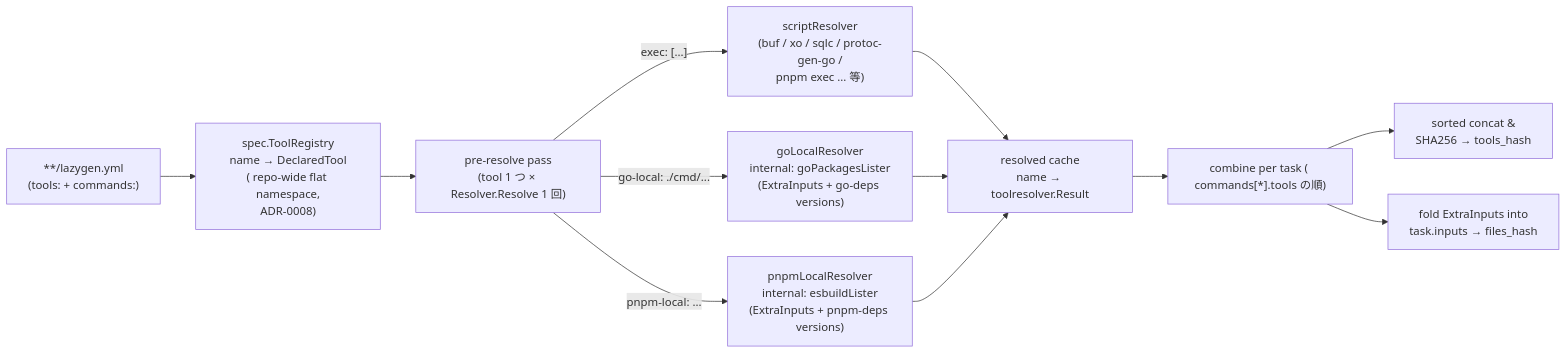
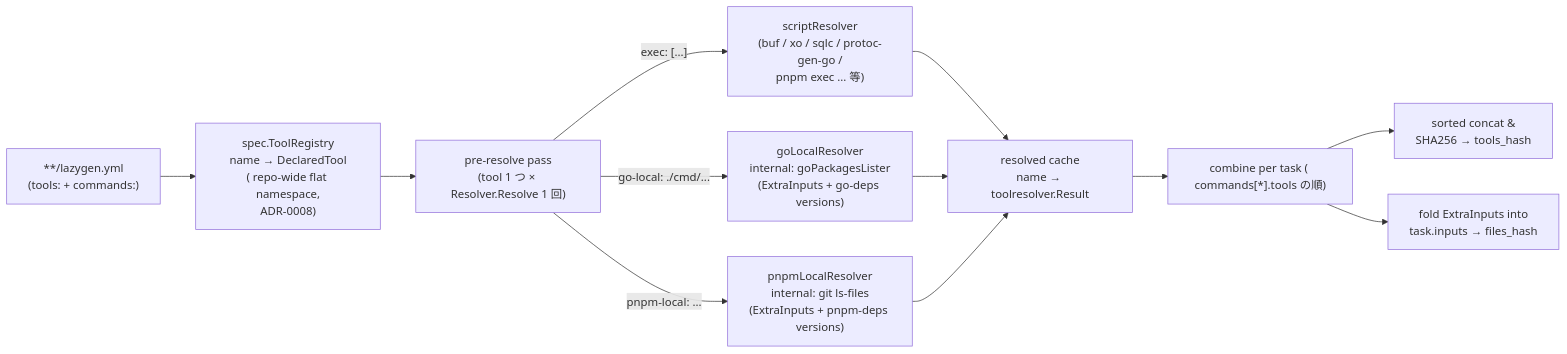
Before and after one commit to izumin5210/sloff: the second of 3 diagrams in docs/design/architecture.md, drawn with Mermaid. The commit also changed other lines of this file and 40 other files, not shown here.

````diff
--- a/docs/design/architecture.md
+++ b/docs/design/architecture.md
@@ -322,14 +322,14 @@
 ```mermaid
 flowchart LR
     YAML["**/lazygen.yml<br/>(tools: + commands:)"] --> REG["spec.ToolRegistry<br/>name → DeclaredTool<br/>( repo-wide flat namespace,<br/>ADR-0008)"]
     REG --> PRE["pre-resolve pass<br/>(tool 1 つ × Resolver.Resolve 1 回)"]
     PRE -->|"exec: [...]"| SCRIPT["scriptResolver<br/>(buf / xo / sqlc / protoc-gen-go /<br/>pnpm exec ... 等)"]
     PRE -->|"go-local: ./cmd/..."| GOLOC["goLocalResolver<br/>internal: goPackagesLister<br/>(ExtraInputs + go-deps versions)"]
-    PRE -->|"pnpm-local: ..."| PNPMLOC["pnpmLocalResolver<br/>internal: esbuildLister<br/>(ExtraInputs + pnpm-deps versions)"]
+    PRE -->|"pnpm-local: ..."| PNPMLOC["pnpmLocalResolver<br/>internal: git ls-files<br/>(ExtraInputs + pnpm-deps versions)"]
     SCRIPT --> CACHE["resolved cache<br/>name → toolresolver.Result"]
     GOLOC --> CACHE
     PNPMLOC --> CACHE
     CACHE --> COMBINE["combine per task ( commands[*].tools の順)"]
     COMBINE --> CONCAT["sorted concat &<br/>SHA256 → tools_hash"]
     COMBINE --> INPUTS["fold ExtraInputs into<br/>task.inputs → files_hash"]
 ```
````
